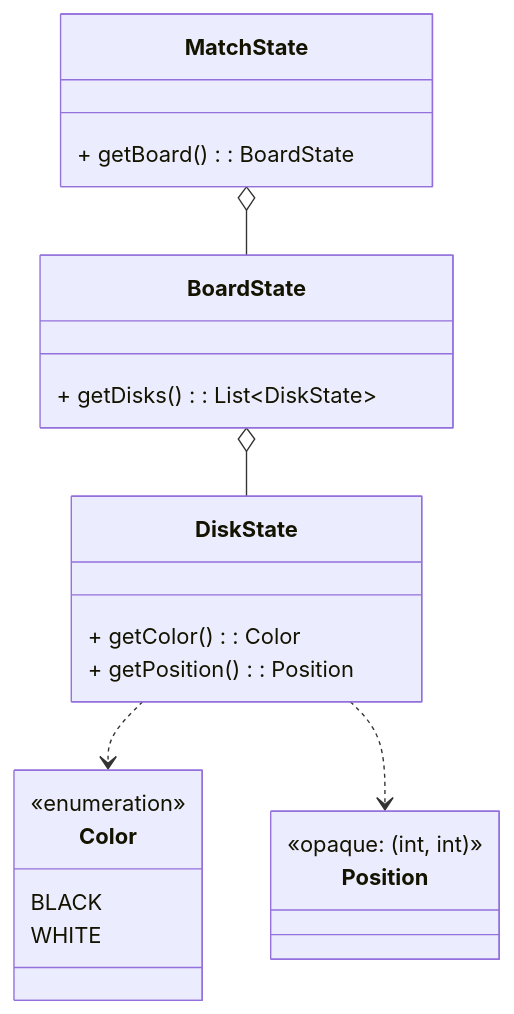
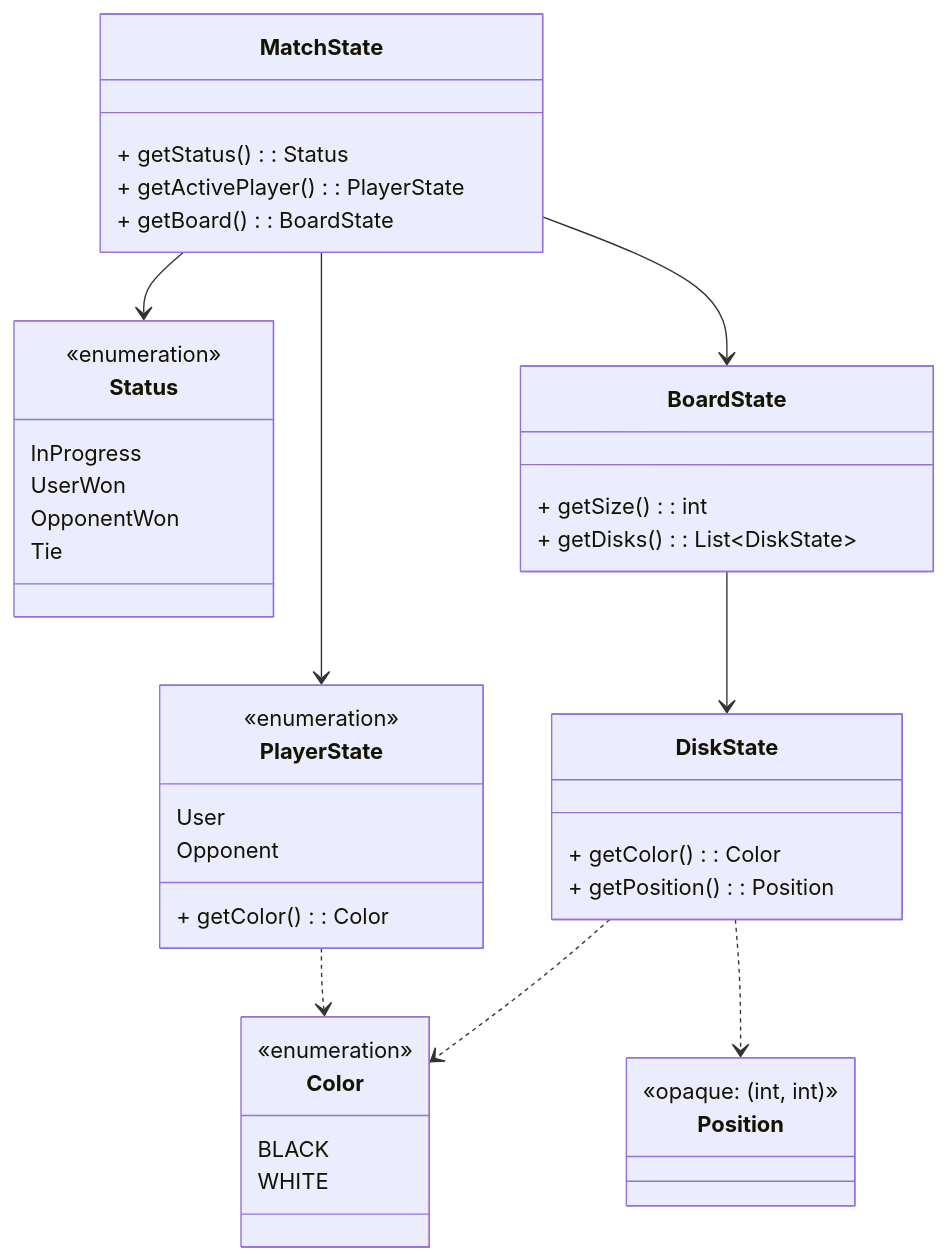
The first of 3 diagrams in docs/report/5-detailed-design.md (Borgotto/PPS-25-scalatello), drawn with Mermaid before and after one commit. The commit also changed other lines of this file and 2 other files, not shown here.

Commit message:
update domain and design diagrams

````diff
--- a/docs/report/5-detailed-design.md
+++ b/docs/report/5-detailed-design.md
@@ -18,26 +4,45 @@
 ```mermaid
 classDiagram 
     class MatchState {
+        + getStatus(): Status
+        + getActivePlayer(): PlayerState
         + getBoard(): BoardState
     }
+    class Status {
+        <<enumeration>>
+        InProgress
+        UserWon
+        OpponentWon
+        Tie
+    }
+    class PlayerState {
+        <<enumeration>>
+        User
+        Opponent
+        + getColor(): Color
+    }
     class BoardState {
+        + getSize(): int
         + getDisks(): List~DiskState~
     }
     class DiskState {
         + getColor(): Color
         + getPosition(): Position
     }
     class Color {
         <<enumeration>>
         BLACK
         WHITE
     }
     class Position {
         <<opaque: (int, int)>>
     }
 
-    MatchState o-- BoardState
-    BoardState o-- DiskState
+    MatchState --> BoardState
+    MatchState --> Status
+    MatchState --> PlayerState
+    PlayerState ..> Color
+    BoardState --> DiskState
     DiskState ..> Color
     DiskState ..> Position
 ```
````
